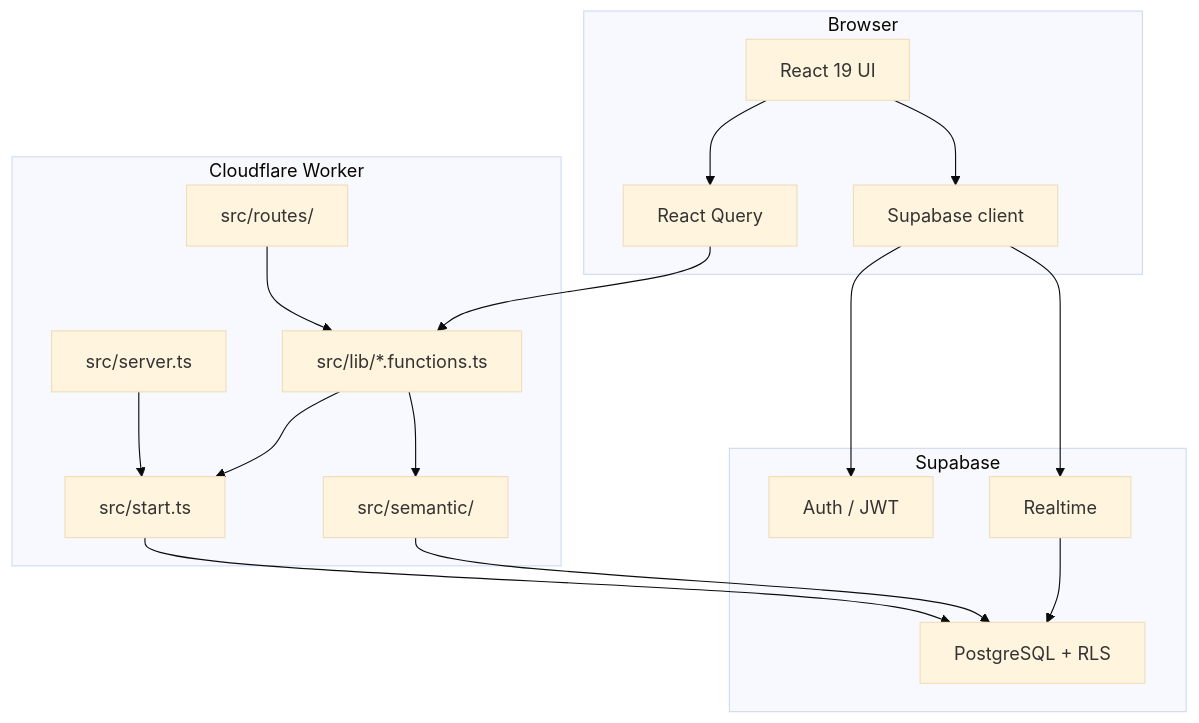
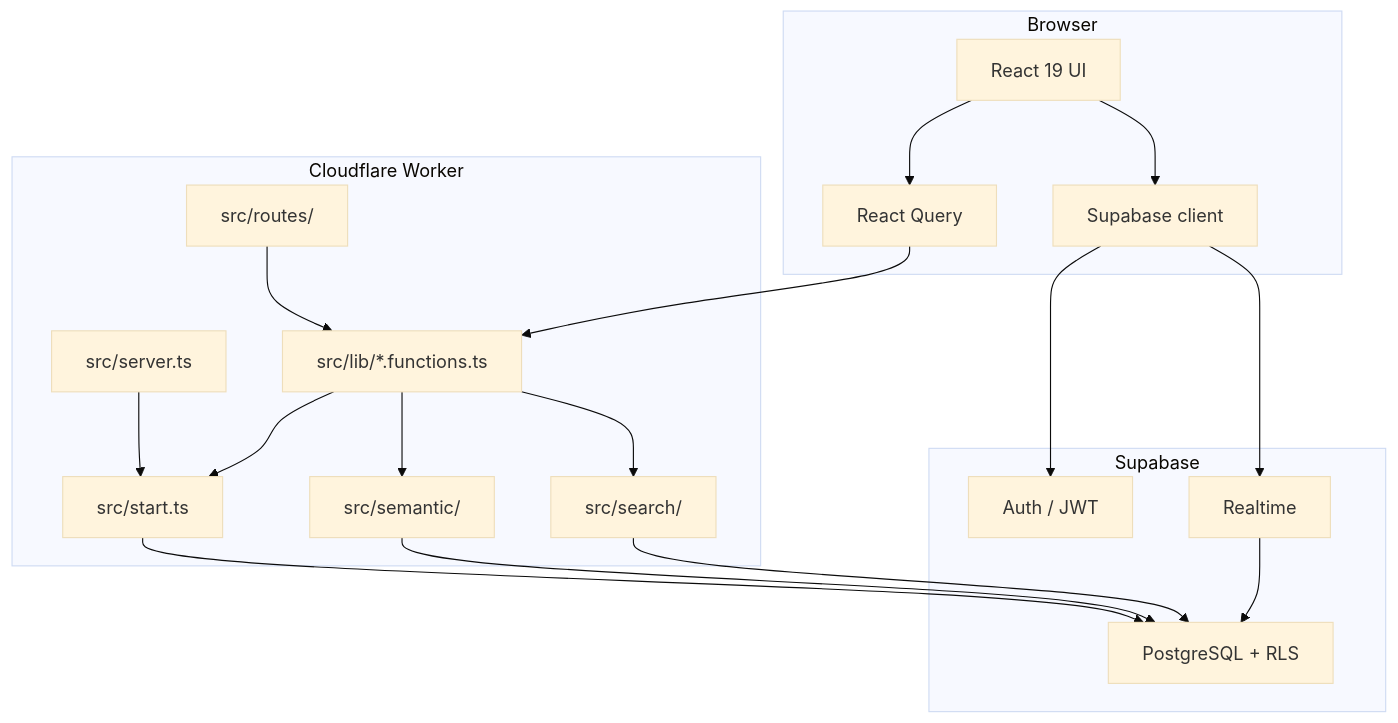
One commit to carlos-tamarind/tamarind-app changed the first of 2 diagrams in docs/architecture/overview.md. Above: the diagram before and after it, drawn with Mermaid (base theme). The commit also changed other lines of this file and 13 other files, not shown here.

````diff
--- a/docs/architecture/overview.md
+++ b/docs/architecture/overview.md
@@ -7,35 +7,38 @@
 ```mermaid
 flowchart TB
   subgraph browser [Browser]
     React["React 19 UI"]
     RQ["React Query"]
     SupaClient["Supabase client"]
   end
 
   subgraph worker [Cloudflare Worker]
     Server["src/server.ts"]
     Start["src/start.ts"]
     Routes["src/routes/"]
     ServerFns["src/lib/*.functions.ts"]
+    Search["src/search/"]
     Semantic["src/semantic/"]
   end
 
   subgraph supabase [Supabase]
     Auth["Auth / JWT"]
     PG["PostgreSQL + RLS"]
     Realtime["Realtime"]
   end
 
   React --> RQ
   RQ --> ServerFns
   ServerFns --> Start
   Start --> PG
   React --> SupaClient
   SupaClient --> Auth
   SupaClient --> Realtime
   Realtime --> PG
   ServerFns --> Semantic
   Semantic --> PG
+  ServerFns --> Search
+  Search --> PG
   Server --> Start
   Routes --> ServerFns
 ```
````
